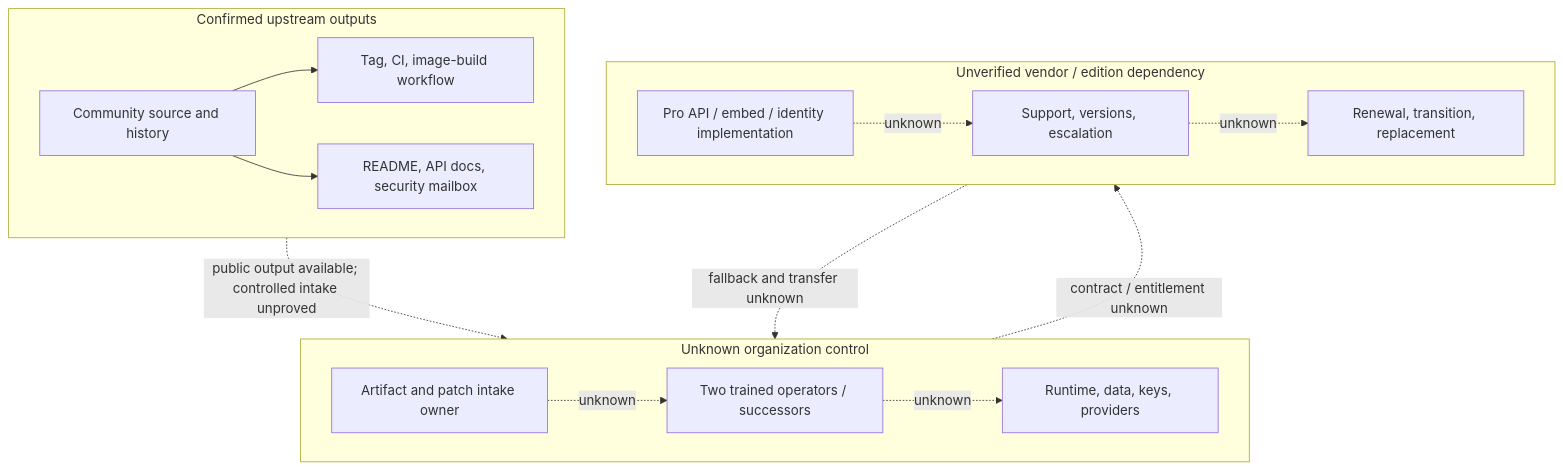
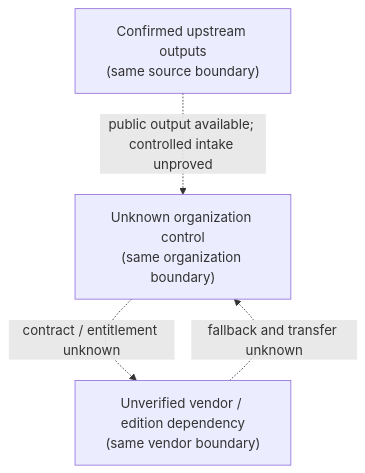
Before and after one commit to wgo-audit/reports: the fourth of 4 diagrams in audits/docuseal/2026-08-06/controls/contributors/ownership-and-successor.md, drawn with Mermaid. The commit also changed other lines of this file and 10 other files, not shown here.

Commit message:
Batch fixed mermaid diagrams that were too wide (#11)

````diff
--- a/audits/docuseal/2026-08-06/controls/contributors/ownership-and-successor.md
+++ b/audits/docuseal/2026-08-06/controls/contributors/ownership-and-successor.md
@@ -33,24 +62,10 @@
 ```mermaid
 flowchart TB
-  subgraph UPSTREAM["Confirmed upstream outputs"]
-    direction LR
-    SRC["Community source and history"] --> REL["Tag, CI, image-build workflow"]
-    SRC --> DOC["README, API docs, security mailbox"]
-  end
-
-  subgraph TARGET["Unknown organization control"]
-    direction LR
-    INTAKE["Artifact and patch intake owner"] -. "unknown" .-> OPS["Two trained operators / successors"]
-    OPS -. "unknown" .-> DATA["Runtime, data, keys, providers"]
-  end
-
-  subgraph VENDOR["Unverified vendor / edition dependency"]
-    direction LR
-    PRO["Pro API / embed / identity implementation"] -. "unknown" .-> SUPPORT["Support, versions, escalation"]
-    SUPPORT -. "unknown" .-> EXIT["Renewal, transition, replacement"]
-  end
+  UPSTREAM["Confirmed upstream outputs\n(same source boundary)"]
+  TARGET["Unknown organization control\n(same organization boundary)"]
+  VENDOR["Unverified vendor / edition dependency\n(same vendor boundary)"]
 
   UPSTREAM -. "public output available; controlled intake unproved" .-> TARGET
   TARGET -. "contract / entitlement unknown" .-> VENDOR
   VENDOR -. "fallback and transfer unknown" .-> TARGET
 ```
````
